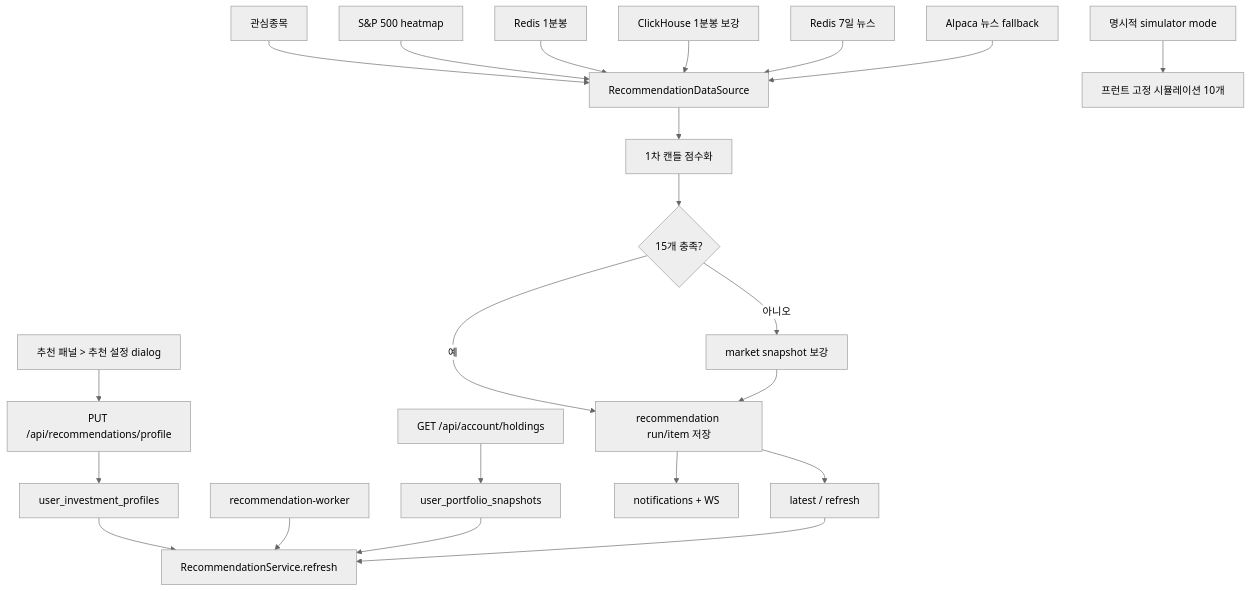
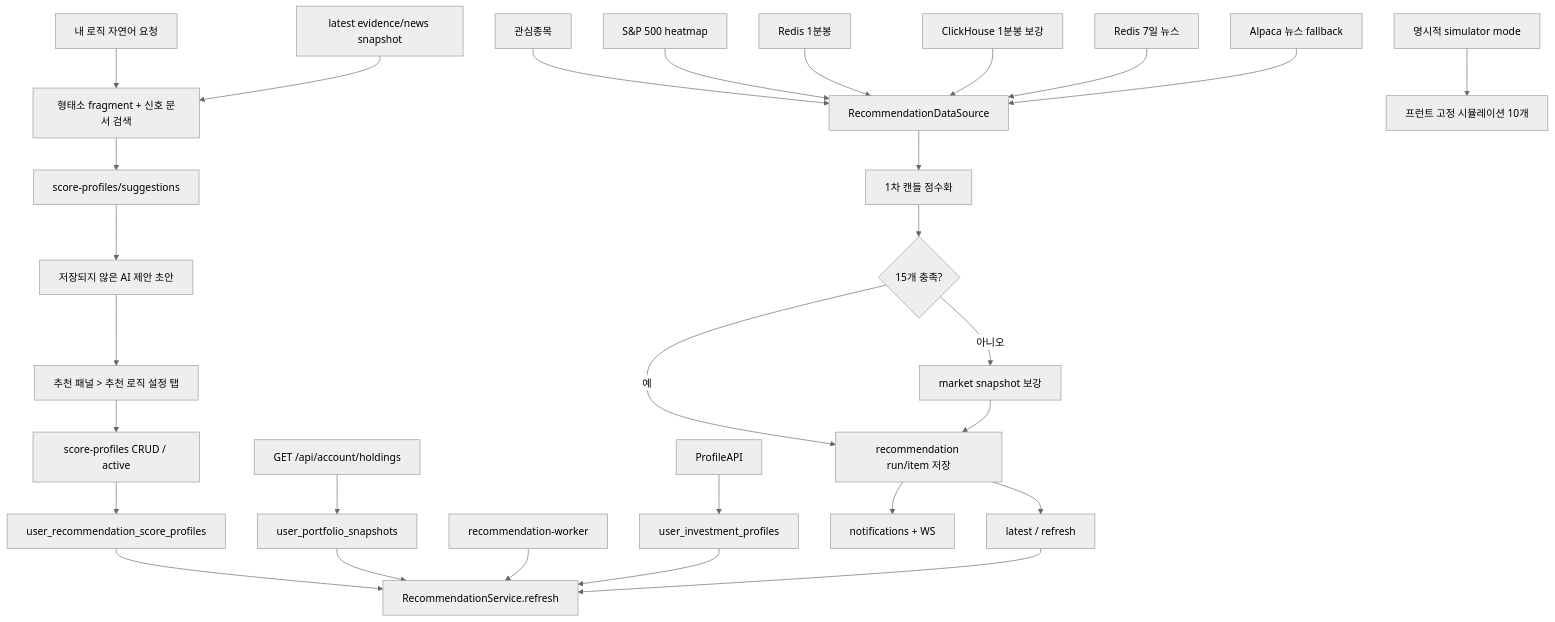
One commit to seunglee10/GOPS-BE changed the diagram in docs/STOCK_RECOMMENDATION_PANEL.md. Above: the diagram before and after it, drawn with Mermaid (neutral theme). The commit also changed other lines of this file and 39 other files, not shown here.

Commit message:
feat(recommendations): add stock discovery and score profiles

````diff
--- a/docs/STOCK_RECOMMENDATION_PANEL.md
+++ b/docs/STOCK_RECOMMENDATION_PANEL.md
@@ -108,27 +135,34 @@
 ```mermaid
 flowchart TD
-  Profile["추천 패널 > 추천 설정 dialog"] --> ProfileAPI["PUT /api/recommendations/profile"]
+  Profile["추천 패널 > 추천 로직 설정 탭"] --> ScoreAPI["score-profiles CRUD / active"]
+  Prompt["내 로직 자연어 요청"] --> IntentRAG["형태소 fragment + 신호 문서 검색"]
+  EvidenceRAG["latest evidence/news snapshot"] --> IntentRAG
+  IntentRAG --> SuggestionAPI["score-profiles/suggestions"]
+  SuggestionAPI --> Draft["저장되지 않은 AI 제안 초안"]
+  Draft --> Profile
+  ScoreAPI --> ScoreProfiles["user_recommendation_score_profiles"]
   Holdings["GET /api/account/holdings"] --> Snapshot["user_portfolio_snapshots"]
   Worker["recommendation-worker"] --> Service["RecommendationService.refresh"]
   Panel["latest / refresh"] --> Service
   ProfileAPI --> Profiles["user_investment_profiles"]
   Profiles --> Service
+  ScoreProfiles --> Service
   Snapshot --> Service
 
   Watchlist["관심종목"] --> DataSource["RecommendationDataSource"]
   Heatmap["S&P 500 heatmap"] --> DataSource
   RedisCandles["Redis 1분봉"] --> DataSource
   ClickHouseCandles["ClickHouse 1분봉 보강"] --> DataSource
   RedisNews["Redis 7일 뉴스"] --> DataSource
   AlpacaNews["Alpaca 뉴스 fallback"] --> DataSource
 
   DataSource --> Primary["1차 캔들 점수화"]
   Primary --> Enough{"15개 충족?"}
   Enough -->|예| Runs["recommendation run/item 저장"]
   Enough -->|아니오| BackendFallback["market snapshot 보강"]
   BackendFallback --> Runs
   Runs --> Notify["notifications + WS"]
   Runs --> Panel
 
   Simulator["명시적 simulator mode"] --> SimFallback["프런트 고정 시뮬레이션 10개"]
 ```
````
